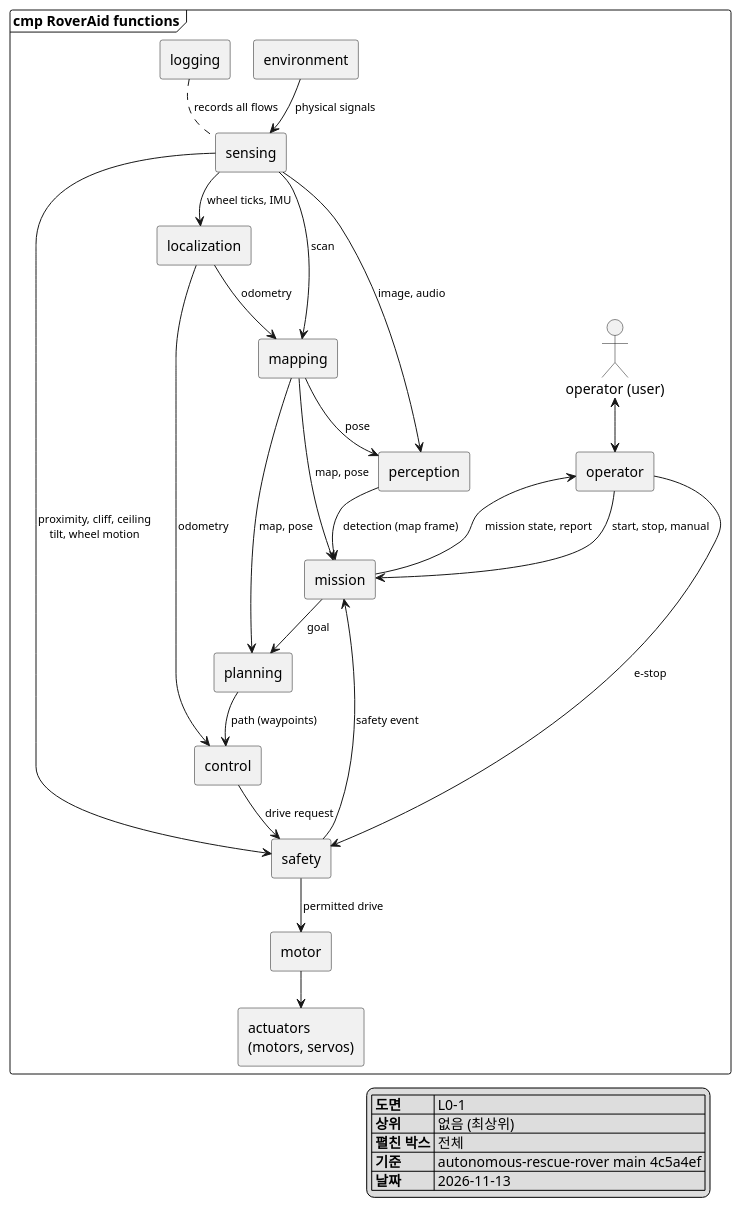
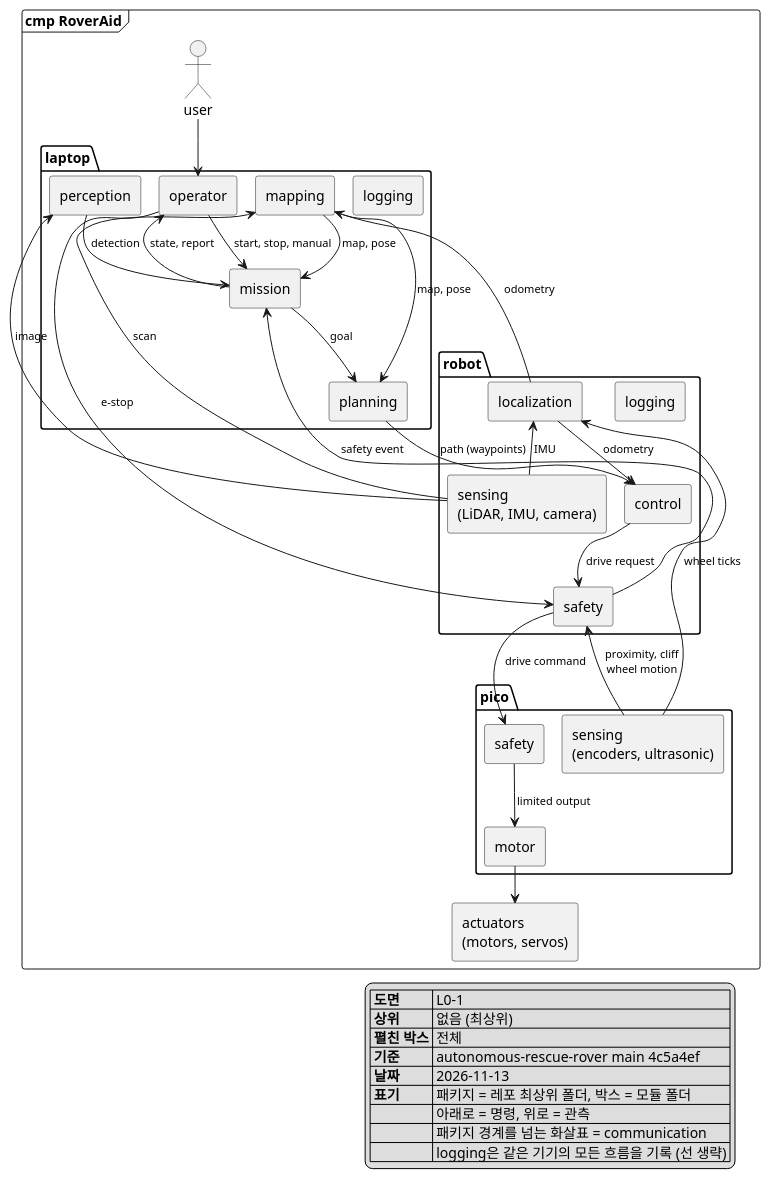
Before and after one commit to Ruysong/autonomous-rescue-rover: the diagram in docs/architecture/L0-1_functions.puml, drawn with PlantUML. The commit also changed 8 other files, not shown here.

Commit message:
docs: keep only the functional diagram (L0-1, top-down), behavior rules as text

```diff
--- a/docs/architecture/L0-1_functions.puml
+++ b/docs/architecture/L0-1_functions.puml
@@ -1,57 +1,85 @@
 @startuml L0-1_functions
 !pragma layout smetana
 skinparam monochrome true
 skinparam shadowing false
 skinparam defaultFontName "Malgun Gothic"
 skinparam componentStyle rectangle
 skinparam ArrowFontSize 11
+top to bottom direction
 
-frame "cmp RoverAid functions" {
-  actor "operator (user)" as USER
-  rectangle "environment" as ENV
+frame "cmp RoverAid" {
+  actor "user" as USER
+
+  package "laptop" {
+    component "operator" as L_operator
+    component "mission" as L_mission
+    component "perception" as L_perception
+    component "mapping" as L_mapping
+    component "planning" as L_planning
+    component "logging" as L_logging
+  }
+
+  package "robot" {
+    component "sensing\n(LiDAR, IMU, camera)" as R_sensing
+    component "localization" as R_localization
+    component "control" as R_control
+    component "safety" as R_safety
+    component "logging" as R_logging
+  }
+
+  package "pico" {
+    component "sensing\n(encoders, ultrasonic)" as P_sensing
+    component "safety" as P_safety
+    component "motor" as P_motor
+  }
+
   rectangle "actuators\n(motors, servos)" as ACT
 
-  component "sensing" as sensing
-  component "localization" as localization
-  component "mapping" as mapping
-  component "perception" as perception
-  component "mission" as mission
-  component "planning" as planning
-  component "control" as control
-  component "safety" as safety
-  component "motor" as motor
-  component "operator" as operator
-  component "logging" as logging
+  ' laptop: decisions flow downward
+  USER --> L_operator
+  L_operator --> L_mission : start, stop, manual
+  L_mission --> L_planning : goal
+  L_mapping --> L_mission : map, pose
+  L_perception --> L_mission : detection
+  L_mapping --> L_planning : map, pose
 
-  ENV --> sensing : physical signals
-  sensing --> localization : wheel ticks, IMU
-  sensing --> mapping : scan
-  localization --> mapping : odometry
-  sensing --> perception : image, audio
-  mapping --> perception : pose
-  mapping --> mission : map, pose
-  perception --> mission : detection (map frame)
-  mission --> planning : goal
-  mapping --> planning : map, pose
-  planning --> control : path (waypoints)
-  localization --> control : odometry
-  control --> safety : drive request
-  sensing --> safety : proximity, cliff, ceiling\ntilt, wheel motion
-  safety --> motor : permitted drive
-  motor --> ACT
-  safety --> mission : safety event
-  mission --> operator : mission state, report
-  operator --> mission : start, stop, manual
-  operator --> safety : e-stop
-  USER <--> operator
-  logging .. sensing : records all flows
+  ' laptop -> robot
+  L_planning --> R_control : path (waypoints)
+  L_operator --> R_safety : e-stop
+
+  ' robot: commands flow downward
+  R_localization --> R_control : odometry
+  R_control --> R_safety : drive request
+
+  ' robot -> pico -> actuators
+  R_safety --> P_safety : drive command
+  P_safety --> P_motor : limited output
+  P_motor --> ACT
+
+  ' observations flow upward
+  P_sensing -up-> R_localization : wheel ticks
+  P_sensing -up-> R_safety : proximity, cliff\nwheel motion
+  R_sensing -up-> R_localization : IMU
+  R_sensing -up-> L_mapping : scan
+  R_sensing -up-> L_perception : image
+  R_localization -up-> L_mapping : odometry
+  R_safety -up-> L_mission : safety event
+  L_mission -up-> L_operator : state, report
+
+  ' layout only
+  L_logging -[hidden]down- R_logging
+  R_logging -[hidden]down- P_sensing
 }
 
 legend bottom right
   |= 도면 | L0-1 |
   |= 상위 | 없음 (최상위) |
   |= 펼친 박스 | 전체 |
   |= 기준 | autonomous-rescue-rover main 4c5a4ef |
   |= 날짜 | 2026-11-13 |
+  |= 표기 | 패키지 = 레포 최상위 폴더, 박스 = 모듈 폴더 |
+  |= | 아래로 = 명령, 위로 = 관측 |
+  |= | 패키지 경계를 넘는 화살표 = communication |
+  |= | logging은 같은 기기의 모든 흐름을 기록 (선 생략) |
 endlegend
 @enduml
```
